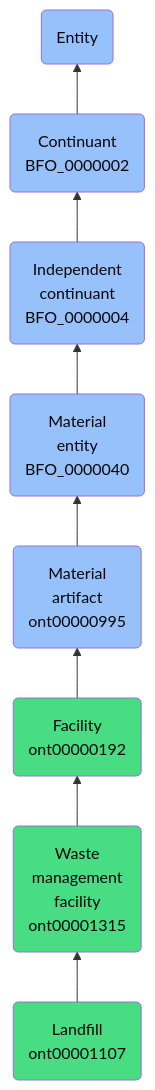
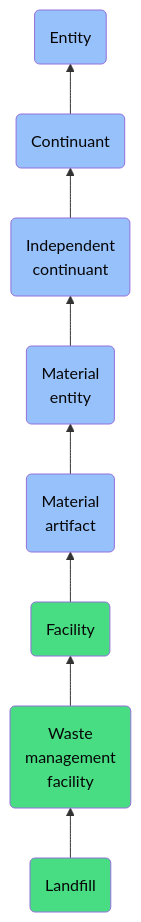
The diagram in docs/ontology/reference/model/Entity/Continuant/Independent continuant/Material entity/Material artifact/Facility/Waste management facility/Landfill/Landfill.md (jupyter-naas/abi), drawn with Mermaid before and after one commit. The commit also changed other lines of this file and 1430 other files, not shown here.

````diff
--- a/docs/ontology/reference/model/Entity/Continuant/Independent continuant/Material entity/Material artifact/Facility/Waste management facility/Landfill/Landfill.md
+++ b/docs/ontology/reference/model/Entity/Continuant/Independent continuant/Material entity/Material artifact/Facility/Waste management facility/Landfill/Landfill.md
@@ -24,15 +24,15 @@
 ```mermaid
 graph BT
-    ont00001107(Landfill<br>ont00001107):::ABI-->ont00001315
-    ont00001315(Waste<br>management<br>facility<br>ont00001315):::ABI-->ont00000192
-    ont00000192(Facility<br>ont00000192):::ABI-->ont00000995
-    ont00000995(Material<br>artifact<br>ont00000995):::BFO-->BFO_0000040
-    BFO_0000040(Material<br>entity<br>BFO_0000040):::BFO-->BFO_0000004
-    BFO_0000004(Independent<br>continuant<br>BFO_0000004):::BFO-->BFO_0000002
-    BFO_0000002(Continuant<br>BFO_0000002):::BFO-->BFO_0000001
+    ont00001107(Landfill):::ABI-->ont00001315
+    ont00001315(Waste<br>management<br>facility):::ABI-->ont00000192
+    ont00000192(Facility):::ABI-->ont00000995
+    ont00000995(Material<br>artifact):::BFO-->BFO_0000040
+    BFO_0000040(Material<br>entity):::BFO-->BFO_0000004
+    BFO_0000004(Independent<br>continuant):::BFO-->BFO_0000002
+    BFO_0000002(Continuant):::BFO-->BFO_0000001
     BFO_0000001(Entity):::BFO
     
     classDef BFO fill:#97c1fb,color:#060606
     classDef CCO fill:#e4c51e,color:#060606
     classDef ABI fill:#48DD82,color:#060606
 ```
````
